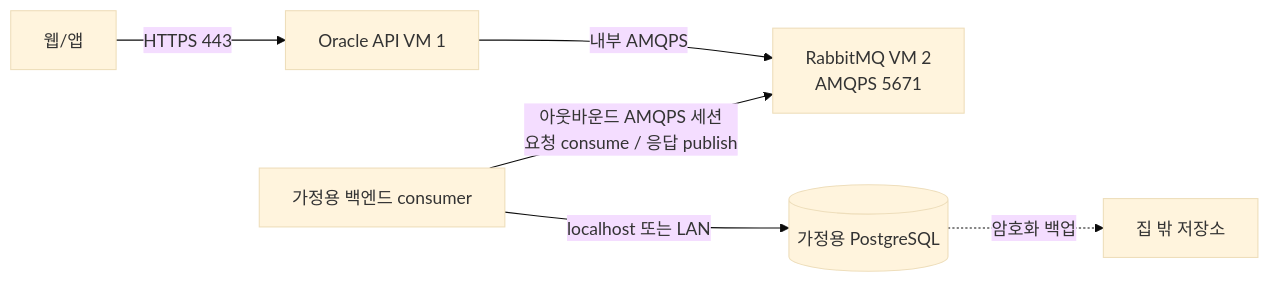
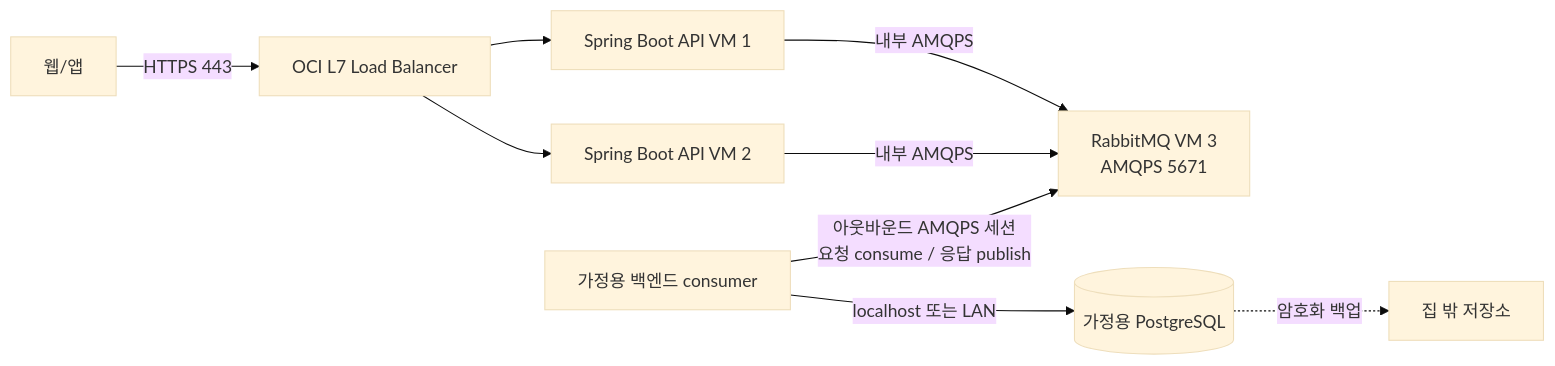
Before and after one commit to david-yj-52/tsh-pi: the second of 2 diagrams in docs/architecture/low-cost-service-architecture.md, drawn with Mermaid (base theme). The commit also changed other lines of this file, not shown here.

Commit message:
project planning for low-cost architecture

````diff
--- a/docs/architecture/low-cost-service-architecture.md
+++ b/docs/architecture/low-cost-service-architecture.md
@@ -109,8 +139,11 @@
 ```mermaid
 flowchart LR
-  CLIENT[웹/앱] -->|HTTPS 443| API[Oracle API VM 1]
-  API -->|내부 AMQPS| MQ[RabbitMQ VM 2<br/>AMQPS 5671]
+  CLIENT[웹/앱] -->|HTTPS 443| LB[OCI L7 Load Balancer]
+  LB --> API1[Spring Boot API VM 1]
+  LB --> API2[Spring Boot API VM 2]
+  API1 -->|내부 AMQPS| MQ[RabbitMQ VM 3<br/>AMQPS 5671]
+  API2 -->|내부 AMQPS| MQ
   HOME[가정용 백엔드 consumer] -->|아웃바운드 AMQPS 세션<br/>요청 consume / 응답 publish| MQ
   HOME -->|localhost 또는 LAN| PG[(가정용 PostgreSQL)]
   PG -. 암호화 백업 .-> OFFSITE[집 밖 저장소]
 ```
````
